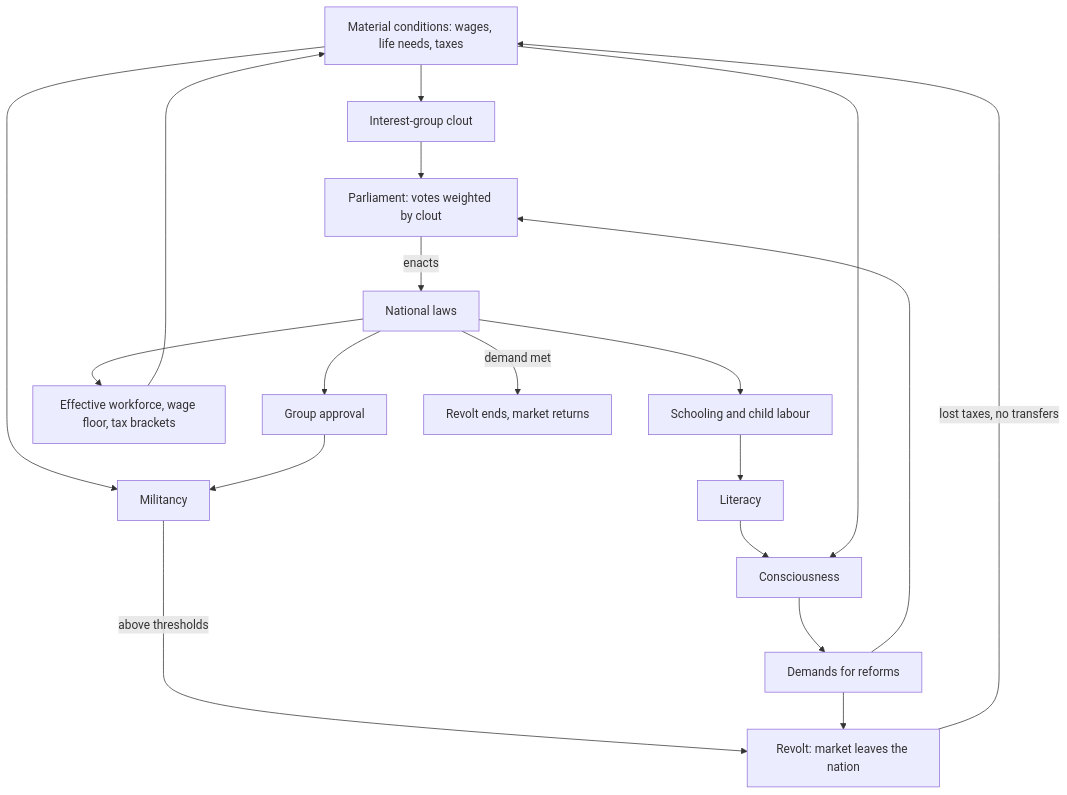
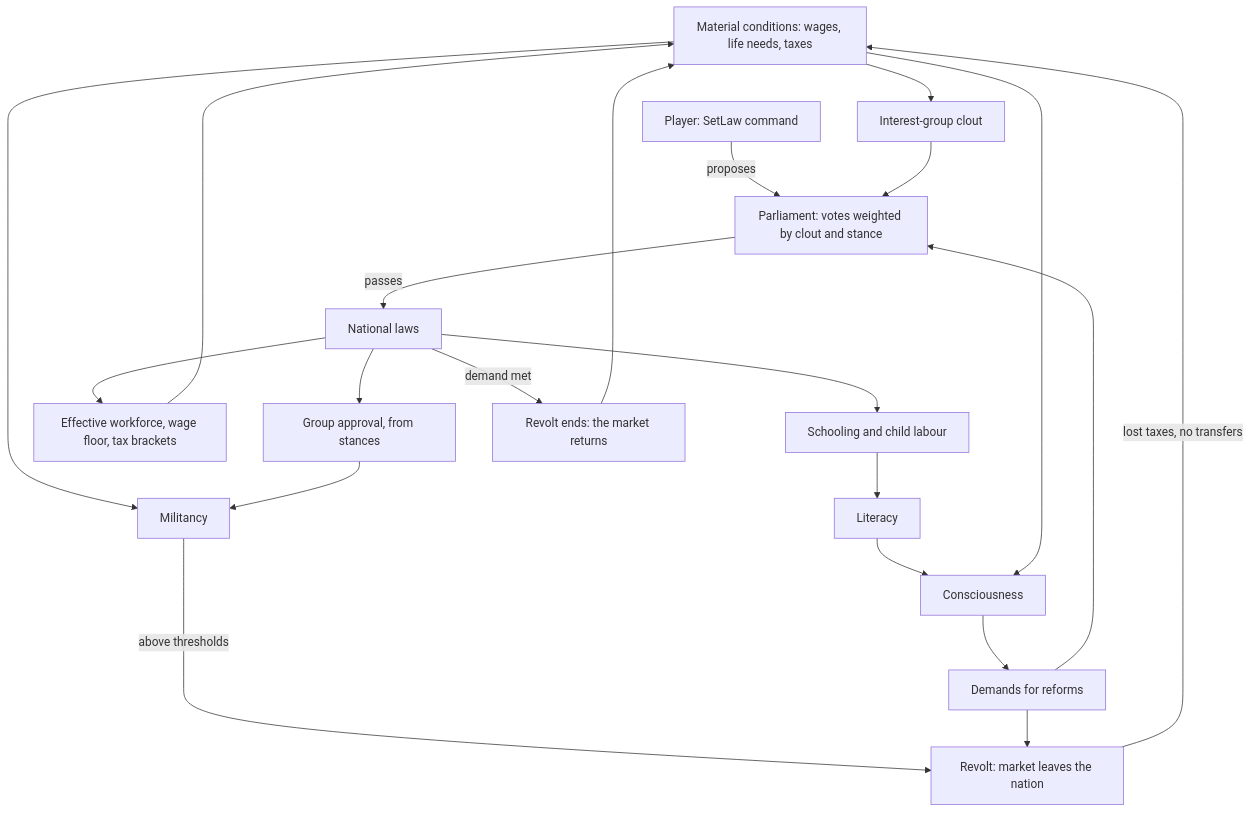
Before and after one commit to thomasclarkpersonal-sketch/Iron-and-Blood: the eighth of 8 diagrams in docs/DATA_MODEL_M5_M6.md, drawn with Mermaid. The commit also changed other lines of this file and 1 other file, not shown here.

````diff
--- a/docs/DATA_MODEL_M5_M6.md
+++ b/docs/DATA_MODEL_M5_M6.md
@@ -333,20 +388,22 @@
 ```mermaid
 flowchart TD
     Mat[Material conditions: wages, life needs, taxes] --> Mil[Militancy]
     Mat --> Cl[Interest-group clout]
     Laws[National laws] --> Edu[Schooling and child labour] --> Lit[Literacy]
     Lit --> Con[Consciousness]
     Mat --> Con
     Con --> Dem[Demands for reforms]
-    Cl --> Parl[Parliament: votes weighted by clout]
+    Player[Player: SetLaw command] -->|proposes| Parl[Parliament: votes weighted by clout and stance]
+    Cl --> Parl
     Dem --> Parl
-    Parl -->|enacts| Laws
+    Parl -->|passes| Laws
     Laws --> Work[Effective workforce, wage floor, tax brackets]
     Work --> Mat
-    Laws --> App[Group approval]
+    Laws --> App[Group approval, from stances]
     App --> Mil
     Mil -->|above thresholds| Rev[Revolt: market leaves the nation]
     Dem --> Rev
     Rev -->|lost taxes, no transfers| Mat
-    Laws -->|demand met| End[Revolt ends, market returns]
+    Laws -->|demand met| End[Revolt ends: the market returns]
+    End --> Mat
 ```
````
